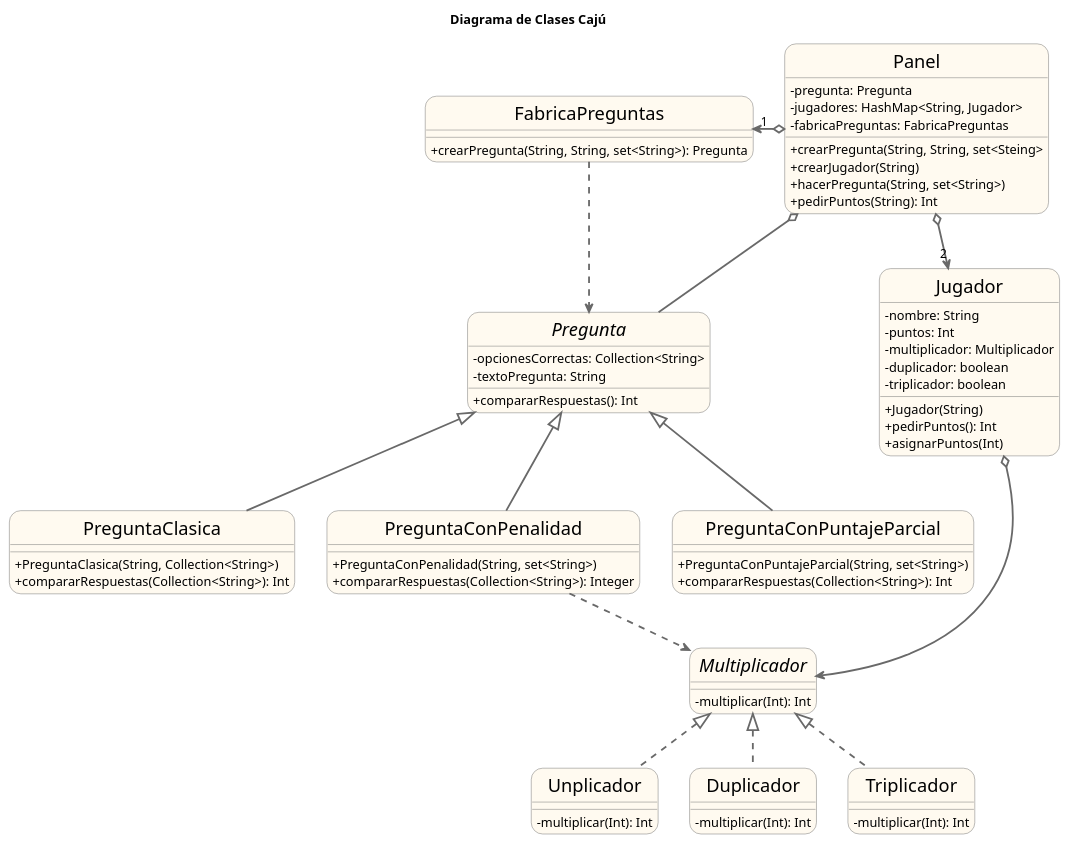
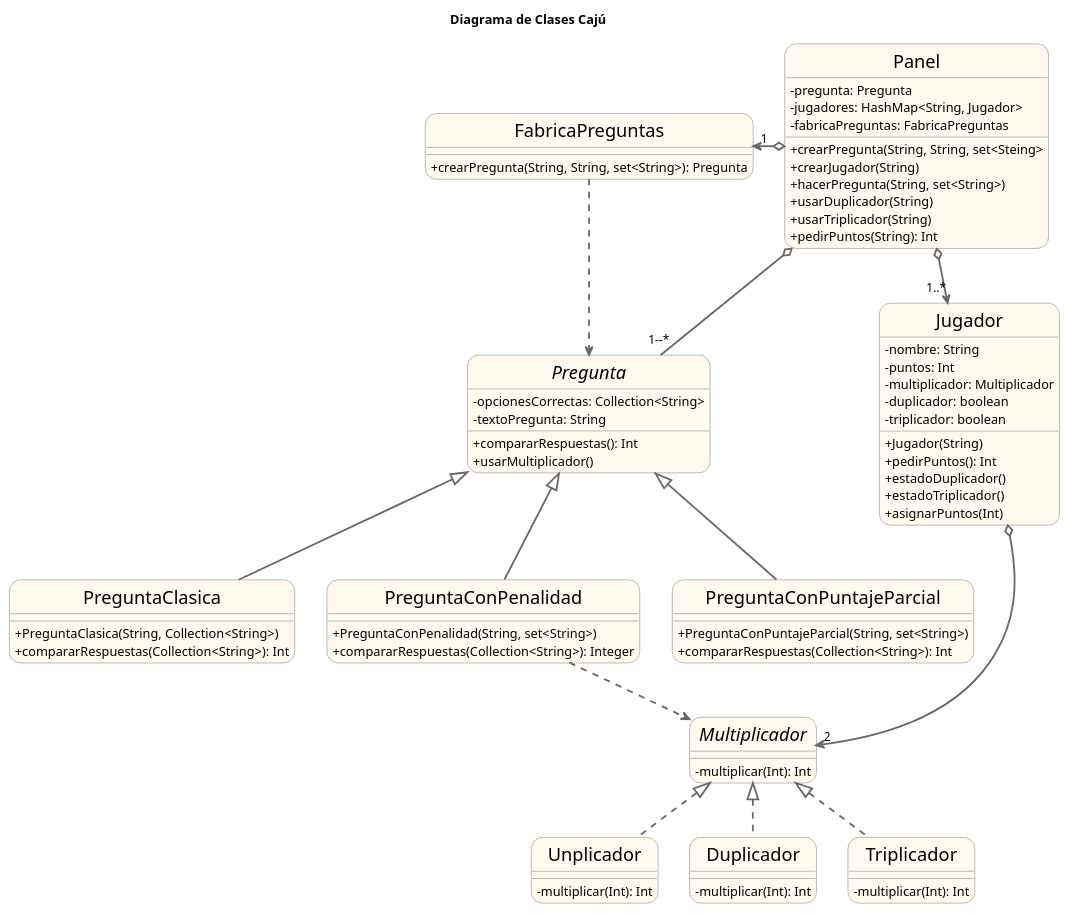
Before and after one commit to fvazquezf/TP_2_Algo_3: the diagram in UML/Diagrama de clases/DiagramaDeClases.puml, drawn with PlantUML. The commit also changed 3 other files, not shown here.

Commit message:
Se actualizan los diagramas

```diff
--- a/UML/Diagrama de clases/DiagramaDeClases.puml
+++ b/UML/Diagrama de clases/DiagramaDeClases.puml
@@ -1,93 +1,97 @@
 @startuml TP2
 
 title Diagrama de Clases Cajú
 
 hide circle
 skinparam classAttributeIconSize 0
 skinparam roundcorner 25
 skinparam sequenceArrowThickness 2
 skinparam classFontSize 20
 
 skinparam class {
 BackgroundColor FloralWhite
 ArrowColor DimGray
 BorderColor DimGray
 }
 
 class Panel{
        - pregunta: Pregunta
        - jugadores: HashMap<String, Jugador>
        - fabricaPreguntas: FabricaPreguntas
        + crearPregunta(String, String, set<Steing>
        + crearJugador(String)
        + hacerPregunta(String, set<String>)
+       + usarDuplicador(String)
+       + usarTriplicador(String)
        + pedirPuntos(String): Int
 }
 
 class FabricaPreguntas{
        + crearPregunta(String, String, set<String>): Pregunta
 }
 
 class Jugador{
         - nombre: String
         - puntos: Int
         - multiplicador: Multiplicador
         - duplicador: boolean
         - triplicador: boolean
         + Jugador(String)
         + pedirPuntos(): Int
+        + estadoDuplicador()
+        + estadoTriplicador()
         + asignarPuntos(Int)
 }
-
 
 abstract class Pregunta{
         - opcionesCorrectas: Collection<String>
         - textoPregunta: String
         + compararRespuestas(): Int
+        + usarMultiplicador()
 }
 
 class PreguntaClasica{
         + PreguntaClasica(String, Collection<String>)
         + compararRespuestas(Collection<String>): Int
 }
 
 class PreguntaConPenalidad{
         + PreguntaConPenalidad(String, set<String>)
         + compararRespuestas(Collection<String>): Integer
 }
 
 class PreguntaConPuntajeParcial{
         + PreguntaConPuntajeParcial(String, set<String>)
         + compararRespuestas(Collection<String>): Int
 }
 
 interface Multiplicador{
         - multiplicar(Int): Int
 }
 
 class Unplicador{
         - multiplicar(Int): Int
 }
 
 class Duplicador{
         - multiplicar(Int): Int
 }
 
 class Triplicador{
         - multiplicar(Int): Int
 }
 
-Panel o-->"2" Jugador
-Panel o-- Pregunta
+Panel o-->"1..*" Jugador
+Panel o--"1--*" Pregunta
 Panel o-left->"1" FabricaPreguntas
 FabricaPreguntas ..> Pregunta
 PreguntaClasica -up-|> Pregunta
 PreguntaConPenalidad -up-|> Pregunta
 PreguntaConPuntajeParcial -up-|> Pregunta
 Unplicador .up.|> Multiplicador
 Duplicador .up.|> Multiplicador
 Triplicador .up.|> Multiplicador
-Jugador o--> Multiplicador
+Jugador o-->"2" Multiplicador
 PreguntaConPenalidad ..> Multiplicador
 
 @enduml
```
